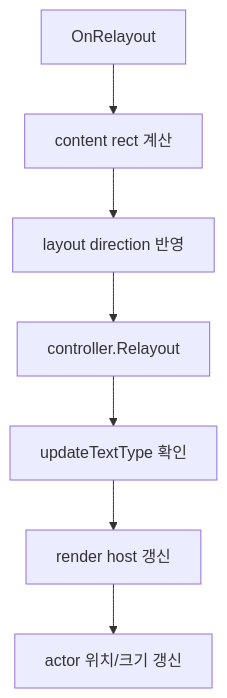
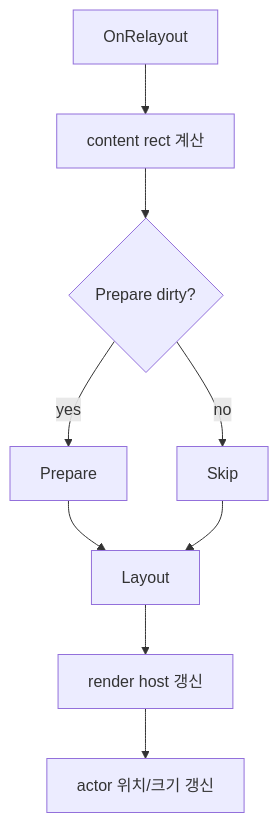
The fourth of 4 diagrams in docs/text-visualizer/05-text-visualizer-design.ko.md (wonrst/dali-ui), drawn with Mermaid before and after one commit. The commit also changed other lines of this file and 1 other file, not shown here.

Commit message:
docs: refine text visualizer prepare-layout design

````diff
--- a/docs/text-visualizer/05-text-visualizer-design.ko.md
+++ b/docs/text-visualizer/05-text-visualizer-design.ko.md
@@ -159,9 +244,11 @@
 ```mermaid
 flowchart TD
   A[OnRelayout] --> B[content rect 계산]
-  B --> C[layout direction 반영]
-  C --> D[controller.Relayout]
-  D --> E[updateTextType 확인]
-  E --> F[render host 갱신]
-  F --> G[actor 위치/크기 갱신]
+  B --> C{Prepare dirty?}
+  C -- yes --> D[Prepare]
+  C -- no --> E[Skip]
+  D --> F[Layout]
+  E --> F
+  F --> G[render host 갱신]
+  G --> H[actor 위치/크기 갱신]
 ```
````
